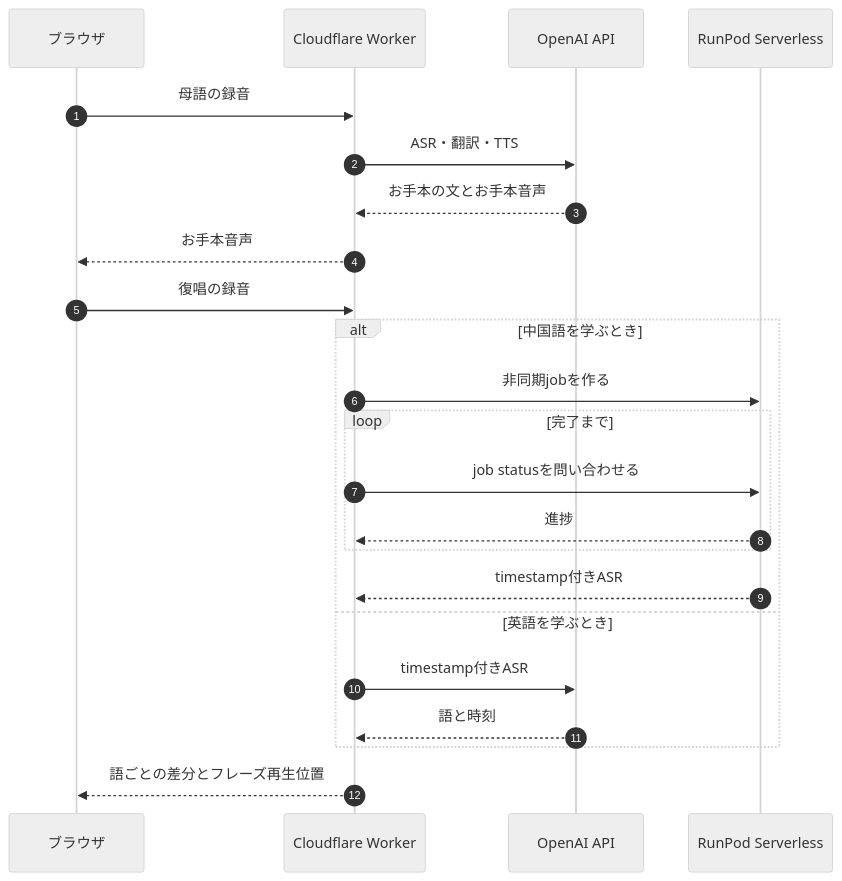
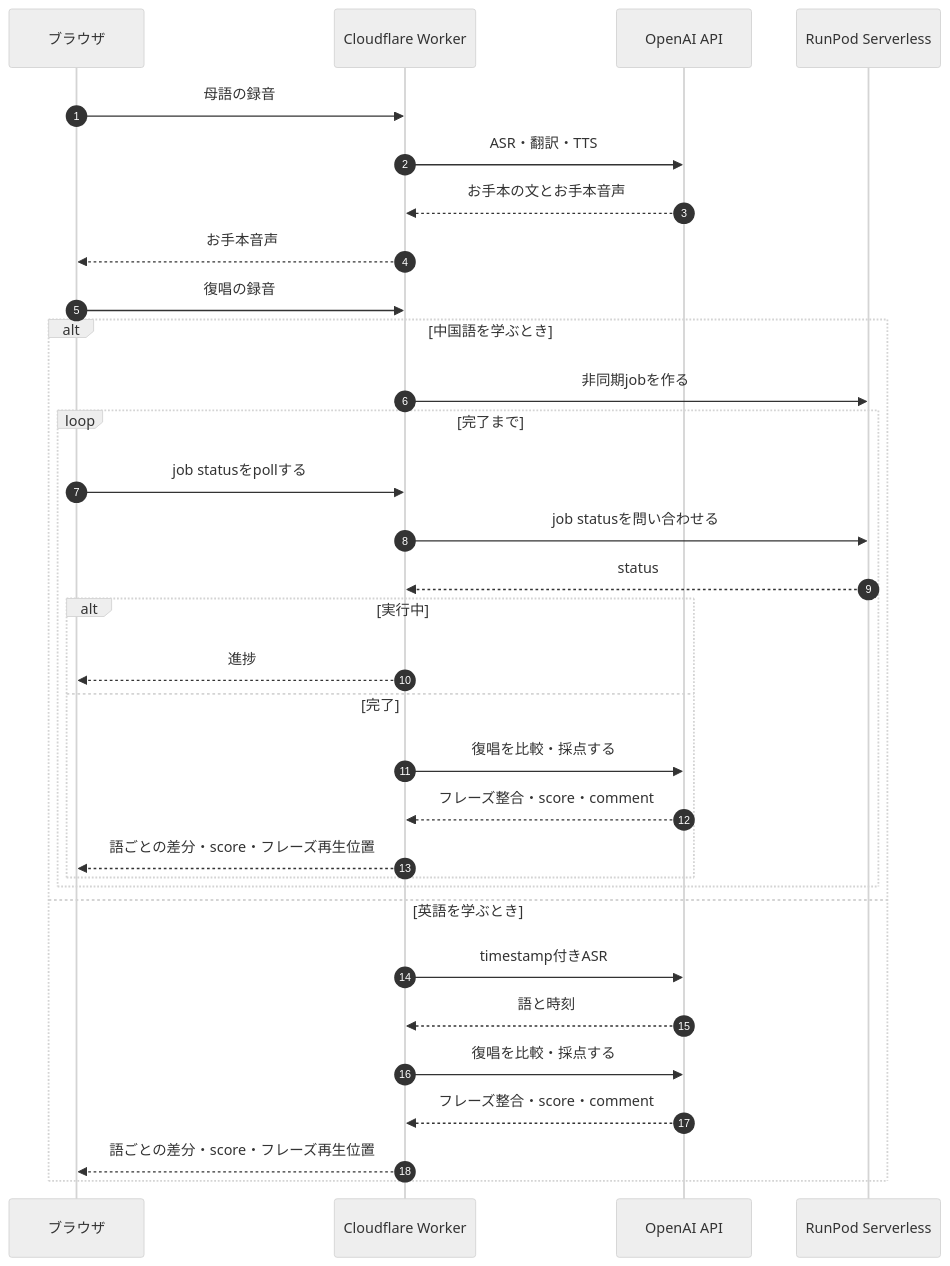
The first of 2 diagrams in README.ja.md (inakaegg/voice-lab), drawn with Mermaid (neutral theme) before and after one commit. The commit also changed other lines of this file and 4 other files, not shown here.

Commit message:
docs: レビュー指摘に合わせて構成図を修正 / Correct architecture diagrams after review

````diff
--- a/README.ja.md
+++ b/README.ja.md
@@ -74,25 +74,34 @@
 ```mermaid
 sequenceDiagram
     autonumber
     participant B as ブラウザ
     participant W as Cloudflare Worker
     participant O as OpenAI API
     participant R as RunPod Serverless
     B->>W: 母語の録音
     W->>O: ASR・翻訳・TTS
     O-->>W: お手本の文とお手本音声
     W-->>B: お手本音声
     B->>W: 復唱の録音
     alt 中国語を学ぶとき
         W->>R: 非同期jobを作る
         loop 完了まで
+            B->>W: job statusをpollする
             W->>R: job statusを問い合わせる
-            R-->>W: 進捗
+            R-->>W: status
+            alt 実行中
+                W-->>B: 進捗
+            else 完了
+                W->>O: 復唱を比較・採点する
+                O-->>W: フレーズ整合・score・comment
+                W-->>B: 語ごとの差分・score・フレーズ再生位置
+            end
         end
-        R-->>W: timestamp付きASR
     else 英語を学ぶとき
         W->>O: timestamp付きASR
         O-->>W: 語と時刻
+        W->>O: 復唱を比較・採点する
+        O-->>W: フレーズ整合・score・comment
+        W-->>B: 語ごとの差分・score・フレーズ再生位置
     end
-    W-->>B: 語ごとの差分とフレーズ再生位置
 ```
````
